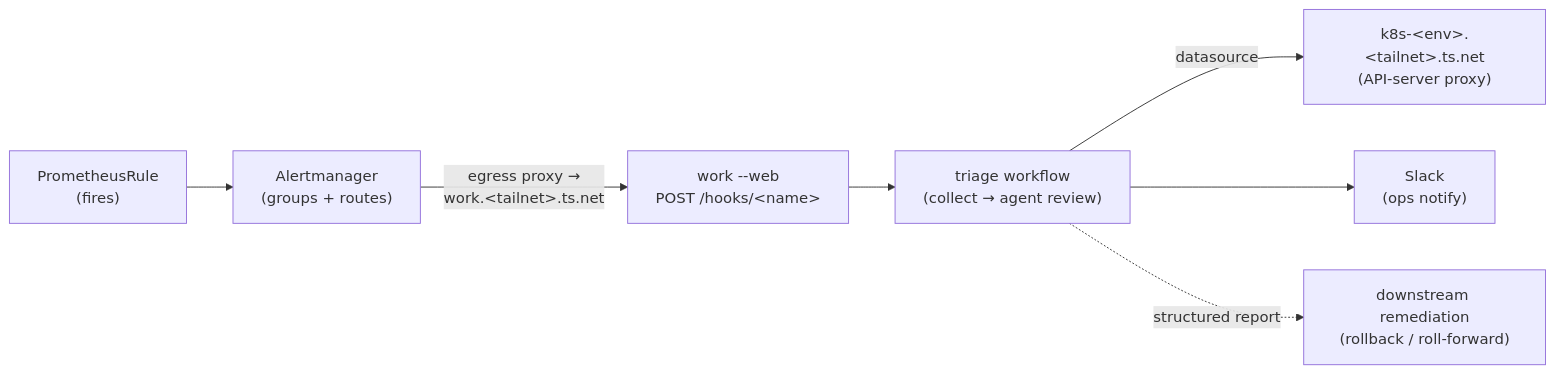
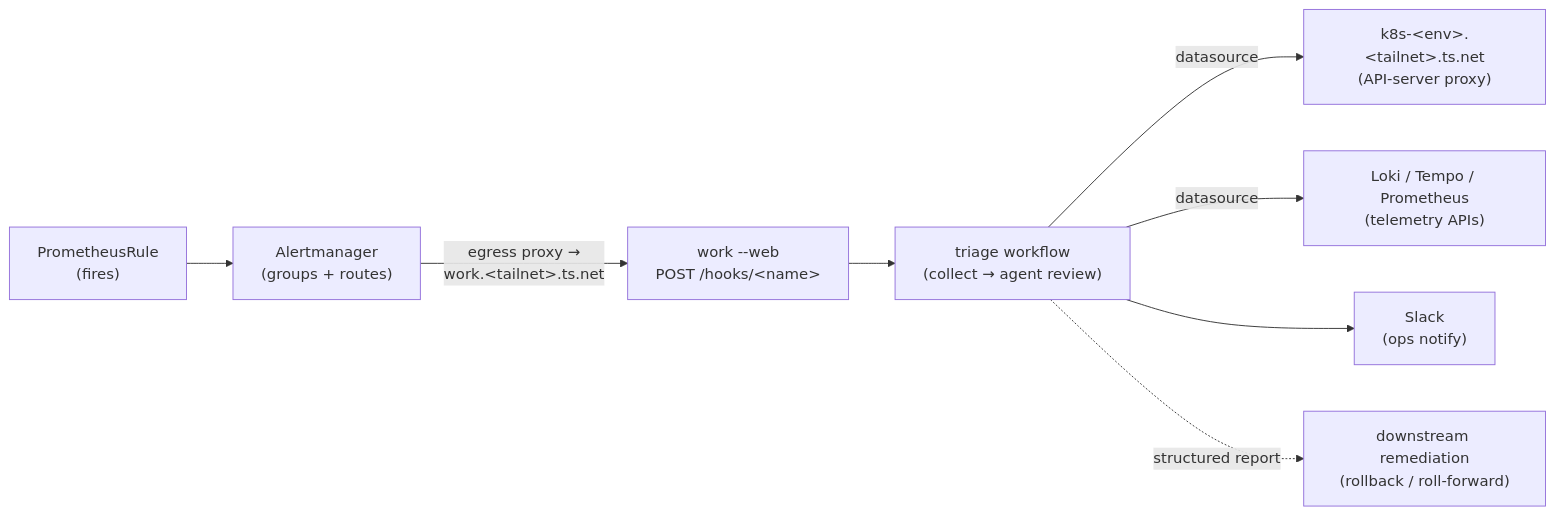
One commit to nullbytelabs/work changed the diagram in docs/tailnet-incident-response-research.md. Above: the diagram before and after it, drawn with Mermaid. The commit also changed other lines of this file and 1 other file, not shown here.

First line of the commit message:
docs(tailnet-research): telemetry stack as datasources + GitOps routing framing

````diff
--- a/docs/tailnet-incident-response-research.md
+++ b/docs/tailnet-incident-response-research.md
@@ -16,9 +16,10 @@
 ```mermaid
 graph LR
   PR["PrometheusRule<br/>(fires)"] --> AM["Alertmanager<br/>(groups + routes)"]
   AM -->|"egress proxy →<br/>work.&lt;tailnet&gt;.ts.net"| WH["work --web<br/>POST /hooks/&lt;name&gt;"]
   WH --> TR["triage workflow<br/>(collect → agent review)"]
   TR -->|datasource| K8S["k8s-&lt;env&gt;.&lt;tailnet&gt;.ts.net<br/>(API-server proxy)"]
+  TR -->|datasource| LGTM["Loki / Tempo / Prometheus<br/>(telemetry APIs)"]
   TR --> SL["Slack<br/>(ops notify)"]
   TR -.->|"structured report"| RA["downstream remediation<br/>(rollback / roll-forward)"]
 ```
````
